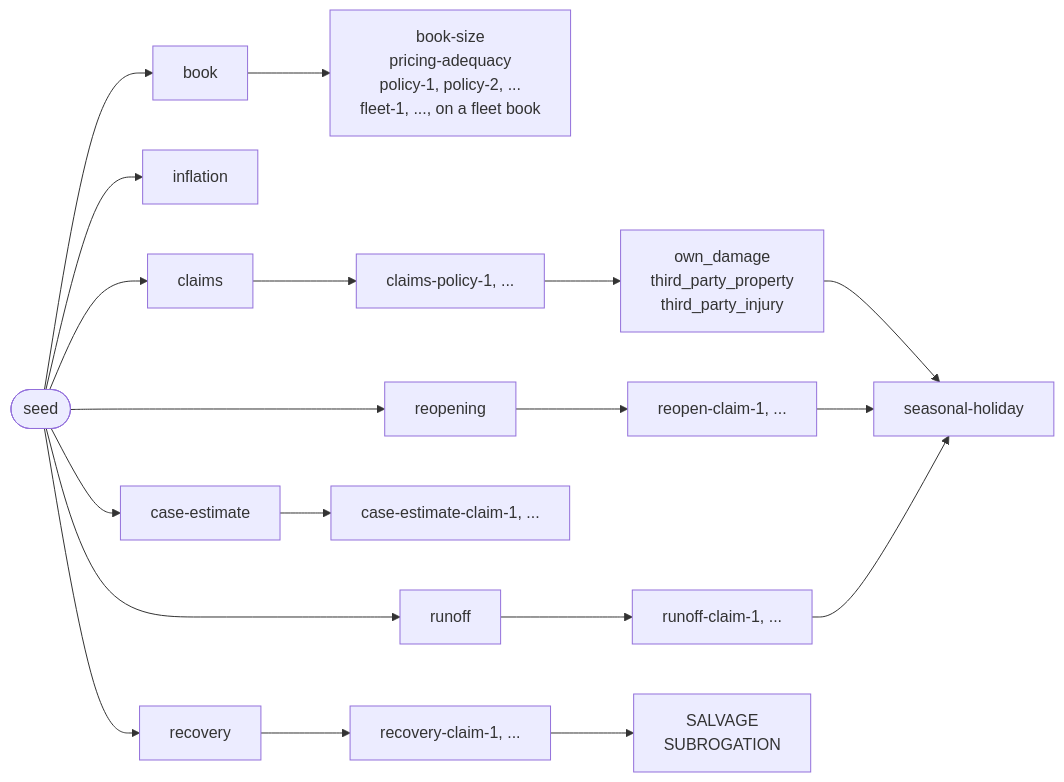
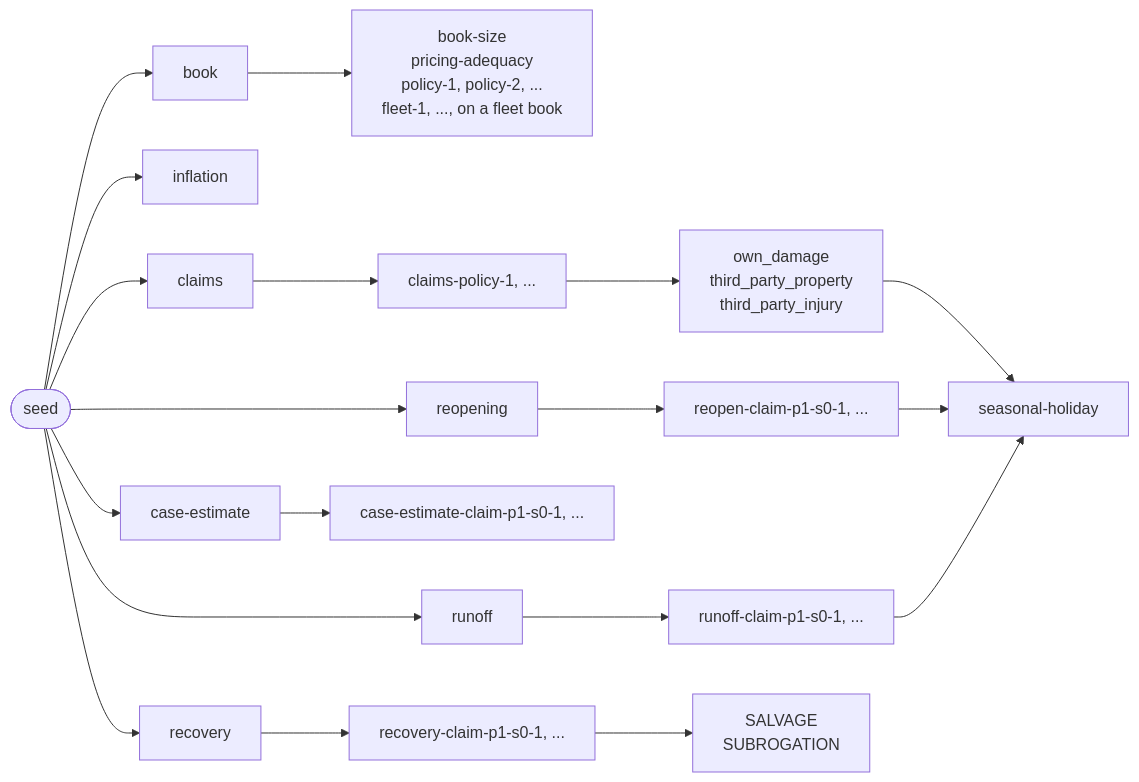
Before and after one commit to le-marais/claims-data-generator: the eighth of 10 diagrams in README.md, drawn with Mermaid. The commit also changed other lines of this file and 8 other files, not shown here.

First line of the commit message:
Key each claim's later random streams by policy, section and sequence, not claim ID (MR-24) (#39)

````diff
--- a/README.md
+++ b/README.md
@@ -318,29 +318,29 @@
 ```mermaid
 %%{init: {"flowchart": {"wrappingWidth": 480}}}%%
 flowchart LR
     seed(["seed"])
     book["book"]
     bookStreams["book-size<br/>pricing-adequacy<br/>policy-1, policy-2, ...<br/>fleet-1, ..., on a fleet book"]
     inflation["inflation"]
     claims["claims"]
     claimStreams["claims-policy-1, ..."]
     sectionStreams["own_damage<br/>third_party_property<br/>third_party_injury"]
     holidayStreams["seasonal-holiday"]
     reopening["reopening"]
-    reopenStreams["reopen-claim-1, ..."]
+    reopenStreams["reopen-claim-p1-s0-1, ..."]
     caseEstimate["case-estimate"]
-    caseStreams["case-estimate-claim-1, ..."]
+    caseStreams["case-estimate-claim-p1-s0-1, ..."]
     runoff["runoff"]
-    runoffStreams["runoff-claim-1, ..."]
+    runoffStreams["runoff-claim-p1-s0-1, ..."]
     recovery["recovery"]
-    recoveryStreams["recovery-claim-1, ..."]
+    recoveryStreams["recovery-claim-p1-s0-1, ..."]
     recoveryKinds["SALVAGE<br/>SUBROGATION"]
     seed --> book --> bookStreams
     seed --> inflation
     seed --> claims --> claimStreams --> sectionStreams
     seed --> reopening --> reopenStreams
     seed --> caseEstimate --> caseStreams
     seed --> runoff --> runoffStreams
     sectionStreams & reopenStreams & runoffStreams --> holidayStreams
     seed --> recovery --> recoveryStreams --> recoveryKinds
 ```
````
